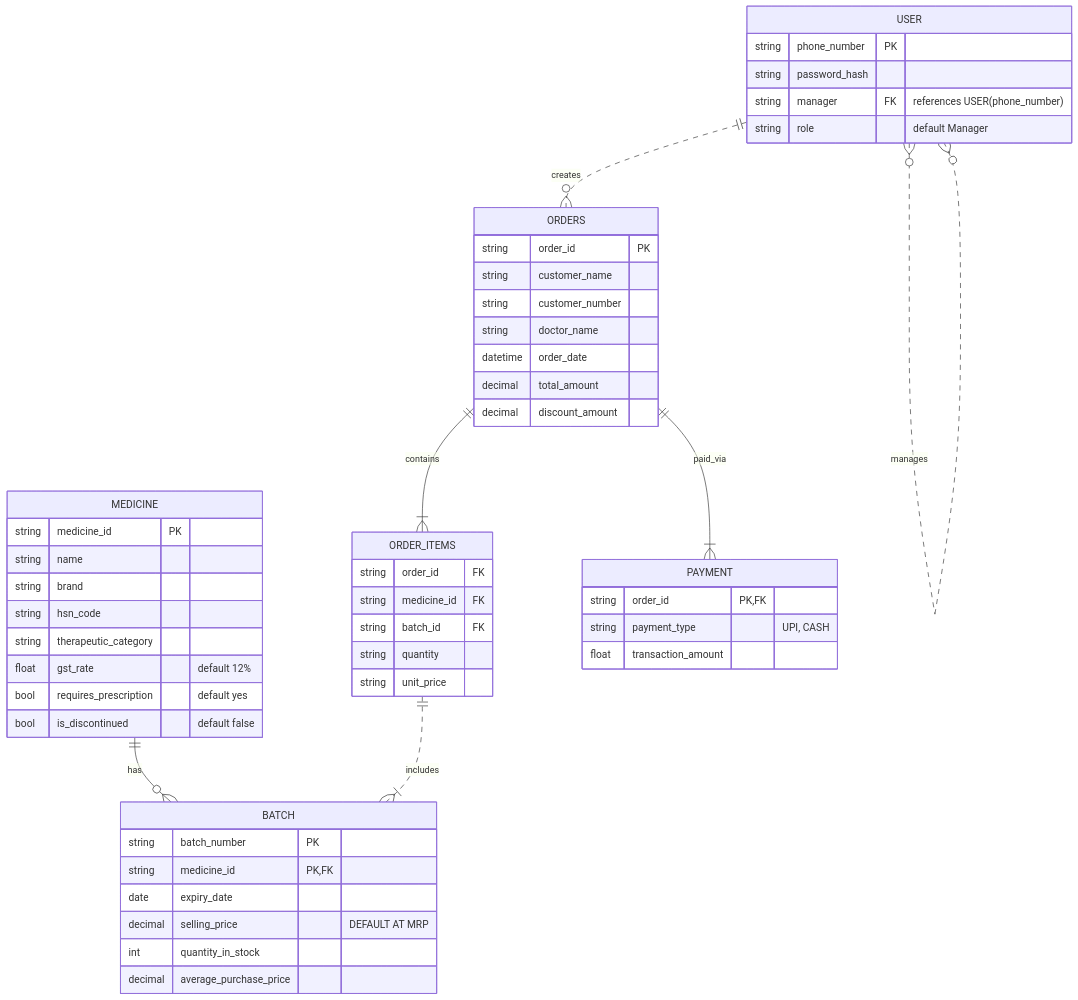
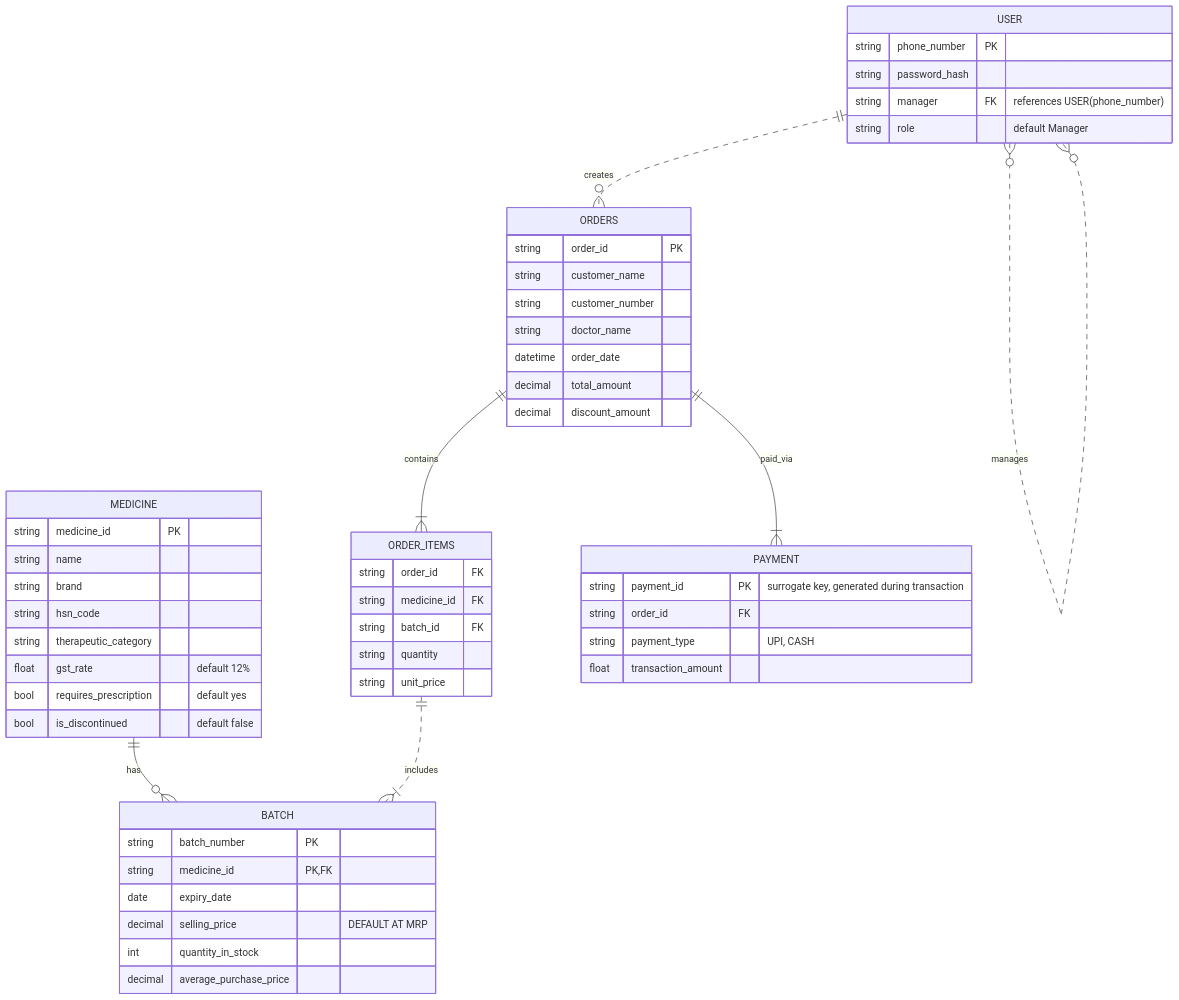
The diagram in er_diagram.md (MET4L-DS/miniPharma), drawn with Mermaid before and after one commit.

Commit message:
Updated payment entity attribute

````diff
--- a/er_diagram.md
+++ b/er_diagram.md
@@ -1,60 +1,61 @@
 ```mermaid
 erDiagram
     USER {
     string phone_number PK
     string password_hash
     string manager FK "references USER(phone_number)"
     string role "default Manager"
     }
 
     MEDICINE {
         string medicine_id PK
         string name
         string brand
         string hsn_code
         string therapeutic_category
         float gst_rate "default 12%"
         bool requires_prescription "default yes"
         bool is_discontinued "default false"
     }
 
     BATCH {
         string batch_number PK
         string medicine_id PK,FK
         date expiry_date
         decimal selling_price "DEFAULT AT MRP"
         int quantity_in_stock
         decimal average_purchase_price
     }
 
     ORDERS {
         string order_id PK
         string customer_name
         string customer_number
         string doctor_name
         datetime order_date
         decimal total_amount
         decimal discount_amount
     }
 
     ORDER_ITEMS {
         string order_id FK
         string medicine_id FK
         string batch_id FK
         string quantity
         string unit_price
     }
 
     PAYMENT {
-        string order_id PK,FK
+        string payment_id PK	"surrogate key, generated during transaction"
+        string order_id FK
         string payment_type "UPI, CASH"
         float transaction_amount
     }
 
     USER }o..o{ USER : manages
     USER ||..o{ ORDERS : creates
     MEDICINE ||--o{ BATCH : has
     ORDERS ||--|{ ORDER_ITEMS : contains
     ORDERS ||--|{ PAYMENT : paid_via
     ORDER_ITEMS ||..|{ BATCH : includes
 ```
````
